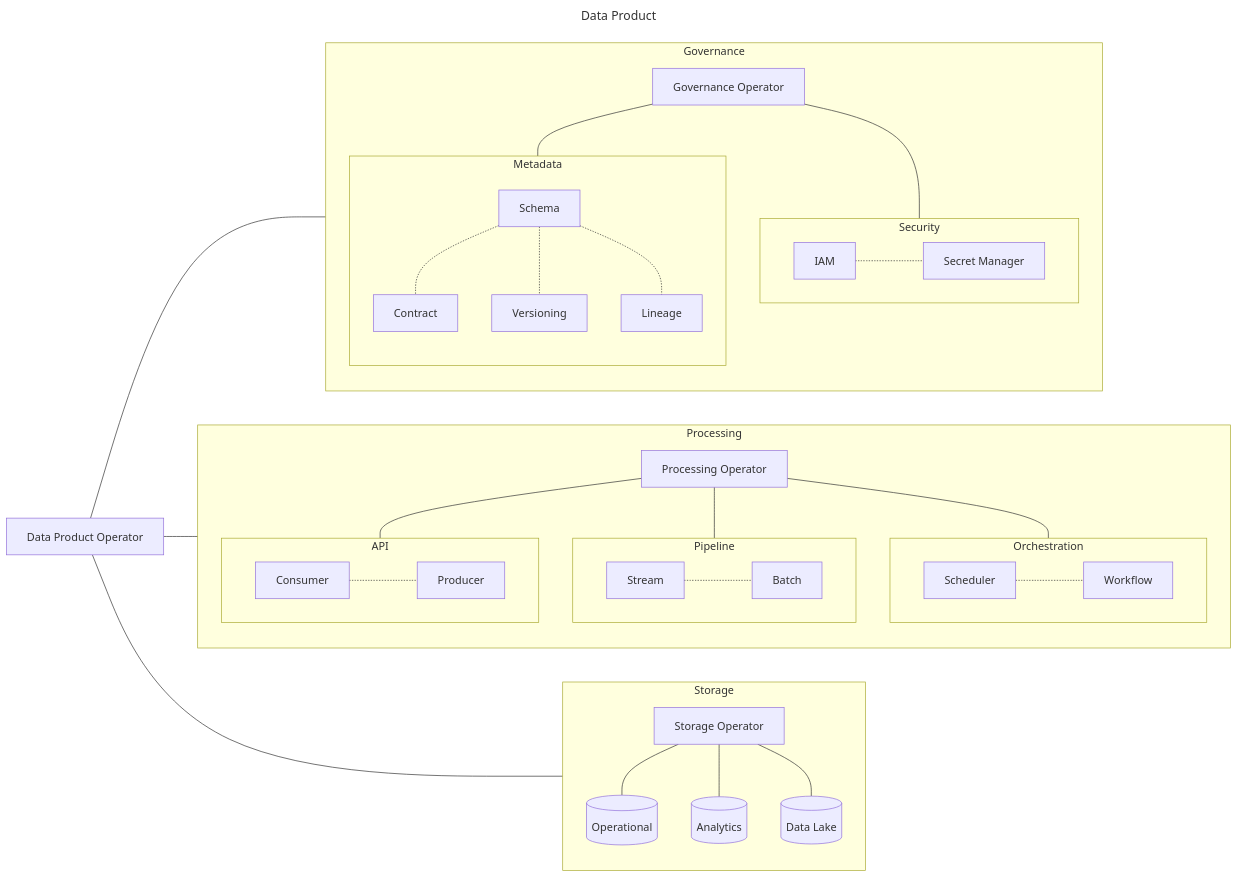
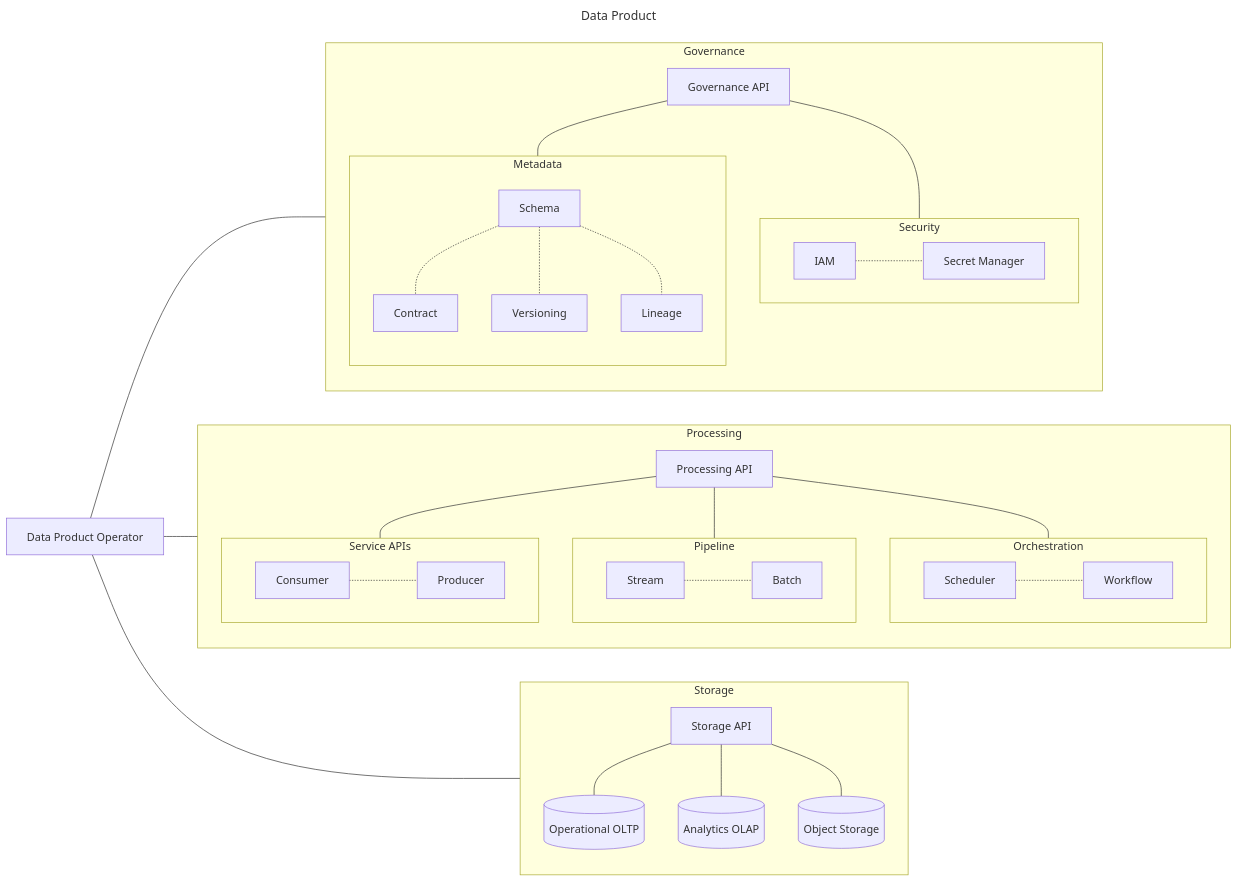
The diagram in docs/architecture/data-product.md (dappmesh/dappmesh), drawn with Mermaid before and after one commit. The commit also changed other lines of this file and 1 other file, not shown here.

Commit message:
composite operator review

````diff
--- a/docs/architecture/data-product.md
+++ b/docs/architecture/data-product.md
@@ -3,69 +6,69 @@
 ```mermaid
 ---
 title: Data Product 
 ---
 flowchart LR
 
     subgraph governance[Governance]
         direction TB
 
         subgraph security[Security]
             direction LR
             
             iam[IAM] -.- vault[Secret Manager]
         end
 
         subgraph metadata[Metadata]
             direction TB
             
             schema[Schema] -.- contract[Contract]
             schema[Schema] -.- versioning[Versioning]
             schema[Schema] -.- lineage[Lineage]
         end
         
-        governanceOperator[Governance Operator] --- security
-        governanceOperator[Governance Operator] --- metadata
+        governanceAPI[Governance API] --- security
+        governanceAPI[Governance API] --- metadata
     end 
 
     subgraph processing[Processing]
         direction TB
 
         subgraph pipeline[Pipeline]
             direction LR
 
             stream[Stream] -.- batch[Batch]
         end
 
         subgraph orchestration[Orchestration]
             direction LR
 
             scheduler[Scheduler] -.- workflow[Workflow]
         end
 
-        subgraph api[API]
+        subgraph api[Service APIs]
             direction LR
 
             consumer[Consumer] -.- producer[Producer]
         end
 
-        processingOperator[Processing Operator] --- pipeline
-        processingOperator[Processing Operator] --- orchestration
-        processingOperator[Processing Operator] --- api
+        processingAPI[Processing API] --- pipeline
+        processingAPI[Processing API] --- orchestration
+        processingAPI[Processing API] --- api
     end
 
     subgraph storage[Storage]
         direction TB
 
-        operationalDatabase[(Operational)]
-        analyticsDatabase[(Analytics)]
-        dataLake[(Data Lake)]
+        operationalDatabase[(Operational OLTP)]
+        analyticsDatabase[(Analytics OLAP)]
+        objectStorage[(Object Storage)]
 
-        storageOperator[Storage Operator] --- operationalDatabase
-        storageOperator[Storage Operator] --- analyticsDatabase
-        storageOperator[Storage Operator] --- dataLake
+        storageAPI[Storage API] --- operationalDatabase
+        storageAPI[Storage API] --- analyticsDatabase
+        storageAPI[Storage API] --- objectStorage
     end
 
     operator[Data Product Operator] --- governance
     operator[Data Product Operator] --- processing
     operator[Data Product Operator] --- storage
 ```
````
